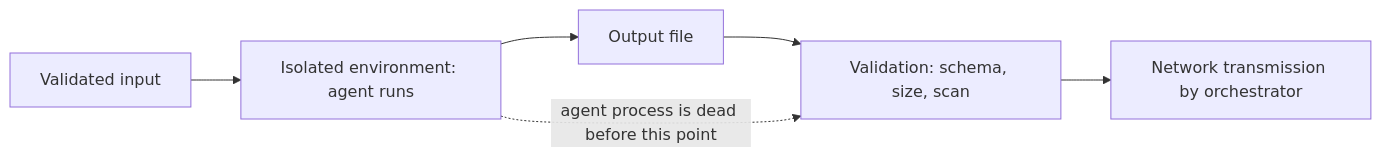
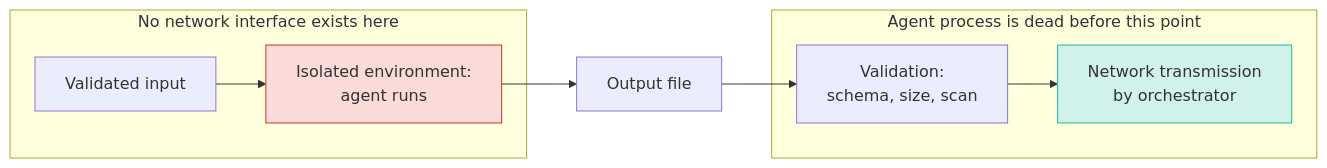
The seventh of 13 diagrams in docs/hardware/ai-agent-containment-infrastructure-security-framework.md (AndrewAltimit/template-repo), drawn with Mermaid before and after one commit. The commit also changed other lines of this file and 118 other files, not shown here.

````diff
--- a/docs/hardware/ai-agent-containment-infrastructure-security-framework.md
+++ b/docs/hardware/ai-agent-containment-infrastructure-security-framework.md
@@ -665,8 +755,13 @@
 ```mermaid
 flowchart LR
-    IN["Validated input"] --> ENV["Isolated environment: agent runs"]
+    subgraph NONET["No network interface exists here"]
+        IN["Validated input"] --> ENV["Isolated environment:<br/>agent runs"]
+    end
     ENV --> OUT["Output file"]
-    OUT --> VAL["Validation: schema, size, scan"]
-    VAL --> NET["Network transmission by orchestrator"]
-    ENV -.->|"agent process is dead before this point"| VAL
+    subgraph DEAD["Agent process is dead before this point"]
+        VAL["Validation:<br/>schema, size, scan"] --> NET["Network transmission<br/>by orchestrator"]
+    end
+    OUT --> VAL
+    style ENV fill:#FADBD8,stroke:#C0392B
+    style NET fill:#D1F2EB,stroke:#1ABC9C
 ```
````
